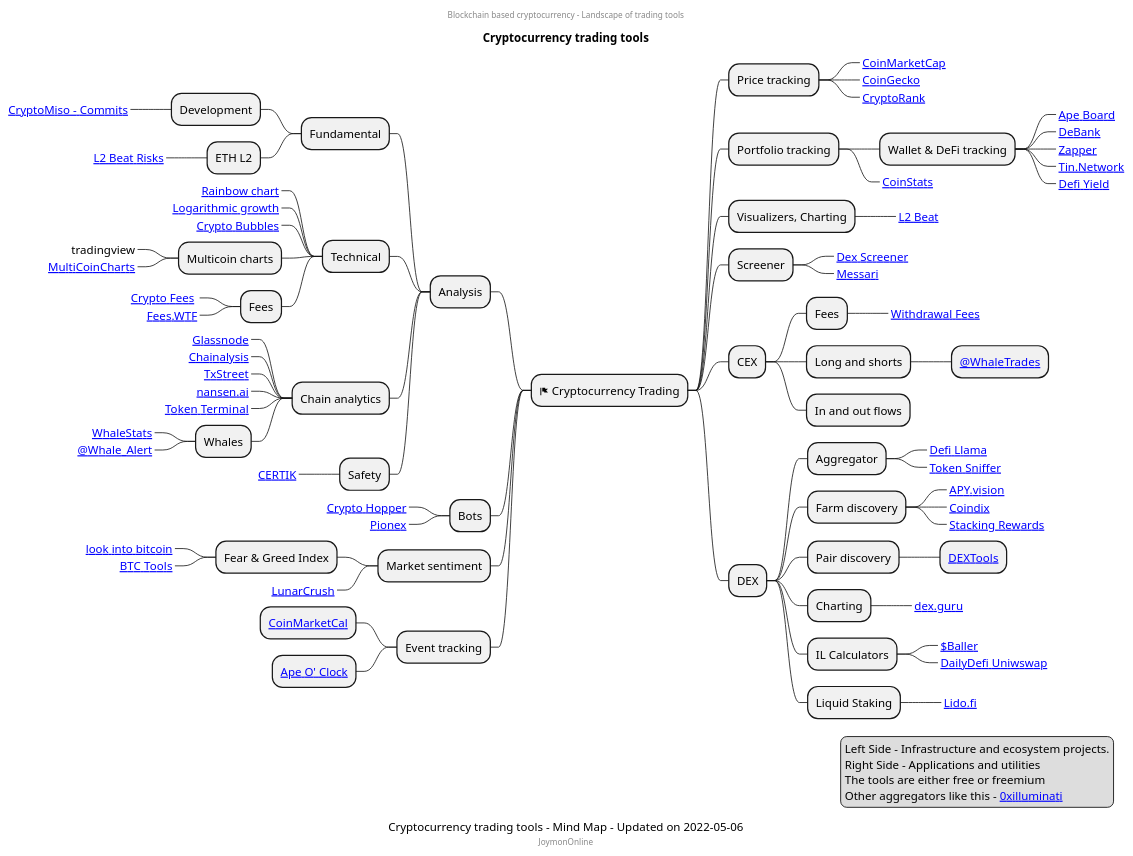
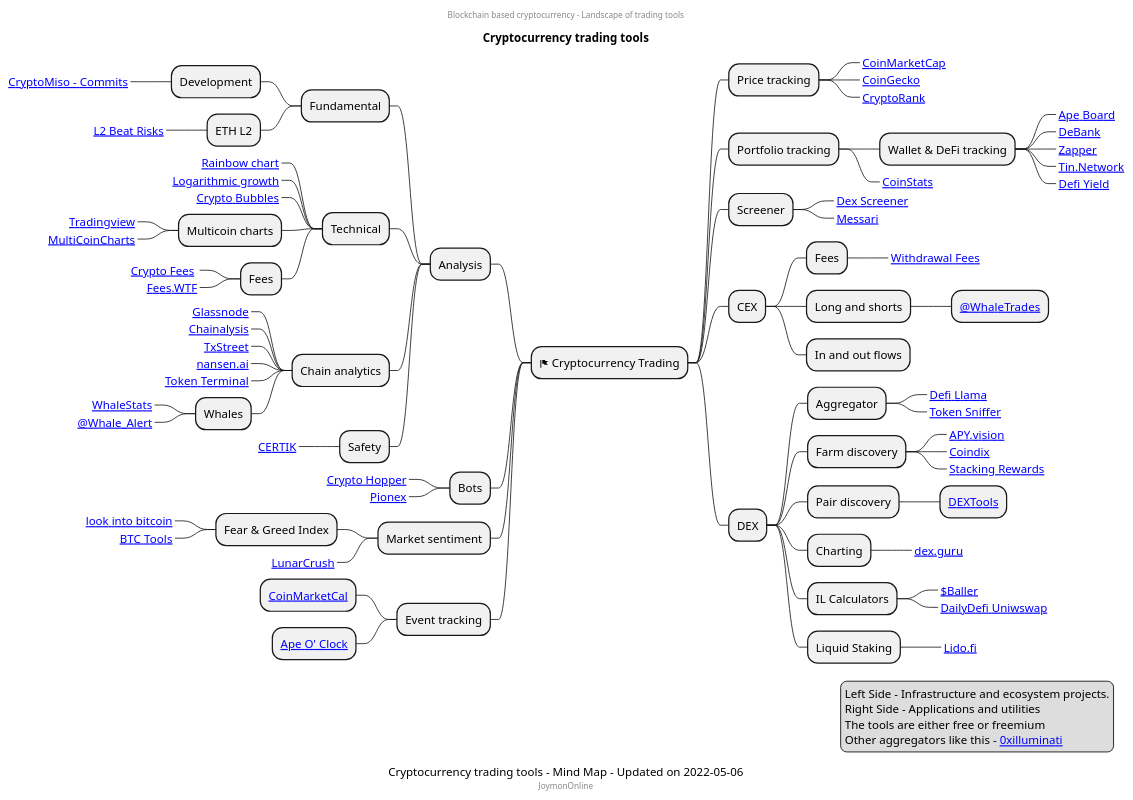
The diagram in cryptocurrency/trading-tools.puml (mind-maps/blockchain), drawn with PlantUML before and after one commit.

Commit message:
Added links

```diff
--- a/cryptocurrency/trading-tools.puml
+++ b/cryptocurrency/trading-tools.puml
@@ -1,102 +1,103 @@
 @startmindmap
 center header
 Blockchain based cryptocurrency - Landscape of trading tools
 endheader
 title Cryptocurrency trading tools
 center footer JoymonOnline
 * <&flag> Cryptocurrency Trading
 ** Price tracking
 ***_ [[https://coinmarketcap.com/ CoinMarketCap]]
 ***_ [[https://www.coingecko.com/ CoinGecko]]
 ***_ [[https://cryptorank.io/trending CryptoRank]]
 
 ** Portfolio tracking
 *** Wallet & DeFi tracking
 ****_ [[https://apeboard.finance Ape Board]]
 ****_ [[https://debank.com/ DeBank]]
 ****_ [[https://zapper.fi/ Zapper]]
 ****_ [[https://tin.network/ Tin.Network]]
 ****_ [[https://defiyield.app/dashboard Defi Yield]]
 ***_ [[https://coinstats.app CoinStats]]
-** Visualizers, Charting
+/' ** Visualizers, Charting
 ***_ [[https://l2beat.com/ L2 Beat]]
+'/
 ** Screener
 ***_ [[https://dexscreener.com Dex Screener]]
 ***_ [[https://messari.io/screener Messari]]
 ** CEX
 *** Fees
 ****_ [[https://withdrawalfees.com/ Withdrawal Fees]]
 *** Long and shorts
 **** [[https://twitter.com/WhaleTrades @WhaleTrades]]
 *** In and out flows
 ** DEX
 *** Aggregator
 ****_ [[https://defillama.com/ Defi Llama]]
 ****_ [[https://tokensniffer.com/ Token Sniffer]]
 *** Farm discovery
 ****_ [[https://app.apy.vision APY.vision]]
 ****_ [[https://coindix.com/ Coindix]]
 ****_ [[https://stakingrewards.com Stacking Rewards]]
 *** Pair discovery
 **** [[https://dextools.io DEXTools]]
 *** Charting
 ****_ [[ https://dex.guru/ dex.guru]]
 *** IL Calculators
 ****_ [[https://baller.netlify.app/ $Baller]]
 ****_ [[https://dailydefi.org/tools/impermanent-loss-calculator/ DailyDefi Uniwswap]]
 *** Liquid Staking
 ****_ [[https://lido.fi/ Lido.fi]]
 Left Side
 
 ** Analysis
 ***  Fundamental
 **** Development
 *****_ [[https://www.cryptomiso.com/months_3.html CryptoMiso - Commits]]
 **** ETH L2
 *****_ [[https://l2beat.com/?view=risk L2 Beat Risks]]
 *** Technical
 ****_ [[https://www.blockchaincenter.net/en/bitcoin-rainbow-chart/ Rainbow chart]]
 ****_ [[https://www.lookintobitcoin.com/charts/bitcoin-logarithmic-growth-curve/ Logarithmic growth]]
 ****_ [[https://cryptobubbles.net/ Crypto Bubbles]]
 **** Multicoin charts
-*****_ tradingview
+*****_ [[https://www.tradingview.com/ Tradingview]]
 *****_ [[https://www.multicoincharts.com/ MultiCoinCharts]]
 **** Fees
 *****_ [[https://cryptofees.info/ Crypto Fees ]]
 *****_ [[https://fees.wtf/#/ Fees.WTF]]
 *** Chain analytics
 ****_ [[https://studio.glassnode.com Glassnode]]
 ****_ [[https://markets.chainalysis.com Chainalysis]]
 ****_ [[https://txstreet.com/ TxStreet]]
 ****_ [[https://www.nansen.ai/ nansen.ai]]
 ****_ [[https://tokenterminal.com/ Token Terminal]]
 **** Whales
 *****_ [[https://www.whalestats.com/analysis-of-the-top-100-eth-wallets WhaleStats]]
 *****_ [[https://twitter.com/whale_alert @Whale_Alert]]
 *** Safety
 ****_ [[https://www.certik.com/ CERTIK]]
 /' ** APIs
 *** Chain
 ****_ [[https://nownodes.io/pricing NowNodes]]
 '/
 ** Bots
 ***_ [[https://www.cryptohopper.com/ Crypto Hopper]]
 ***_ [[https://www.pionex.com/ Pionex]]
 ** Market sentiment
 *** Fear & Greed Index
 ****_ [[https://www.lookintobitcoin.com/charts/bitcoin-fear-and-greed-index/ look into bitcoin]]
 ****_ [[https://btctools.io/stats/crypto-fear-and-greed-index BTC Tools]]
 ***_ [[https://lunarcrush.com/markets LunarCrush]]
 ** Event tracking
 *** [[https://coinmarketcal.com CoinMarketCal]]
 *** [[https://apeoclock.com Ape O' Clock]]
 
 legend right
 Left Side - Infrastructure and ecosystem projects.
 Right Side - Applications and utilities
 The tools are either free or freemium
 Other aggregators like this - [[https://0xilluminati.com/1f3a72793fc64eaca86f19a655610d94 0xilluminati]]
 endlegend
 caption Cryptocurrency trading tools - Mind Map - Updated on 2022-05-06
 
 @endmindmap
```
